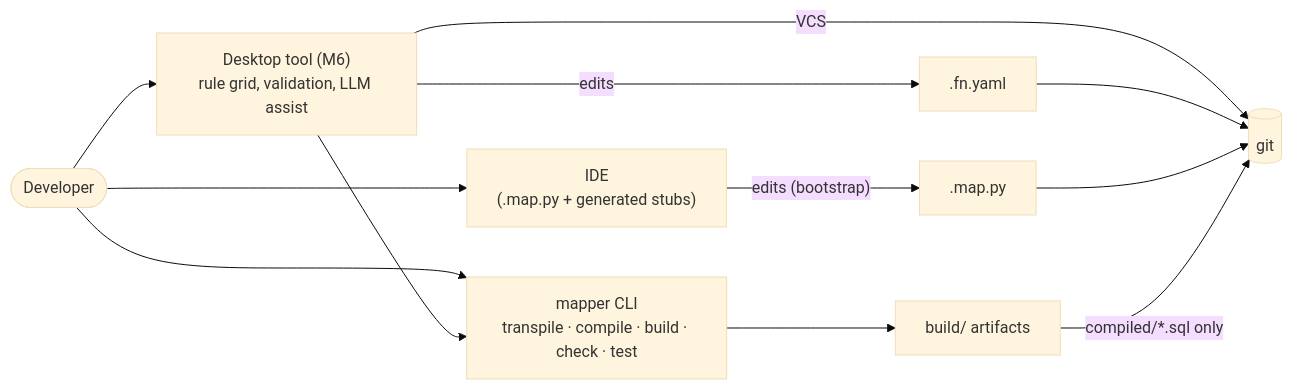
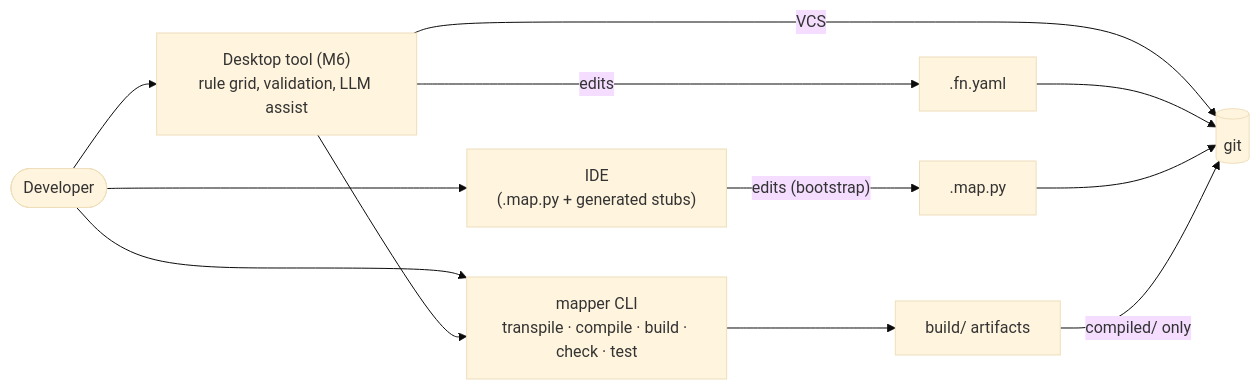
The seventh of 7 diagrams in docs/ARCHITECTURE.md (elegos/json2json-mapping-engine), drawn with Mermaid (base theme) before and after one commit. The commit also changed other lines of this file and 1 other file, not shown here.

Commit message:
docs: make HLD diagrams target-agnostic; add Target backends section; backlog item for backend dispatch

````diff
--- a/docs/ARCHITECTURE.md
+++ b/docs/ARCHITECTURE.md
@@ -149,14 +200,14 @@
 ```mermaid
 flowchart LR
     DEV(["Developer"]) --> UI["Desktop tool (M6)<br/>rule grid, validation, LLM assist"]
     DEV --> IDE["IDE<br/>(.map.py + generated stubs)"]
     DEV --> CLI["mapper CLI<br/>transpile · compile · build · check · test"]
     UI -->|"edits"| FNY[".fn.yaml"]
     UI --> CLI
     IDE -->|"edits (bootstrap)"| MAPPY[".map.py"]
     CLI --> ART["build/ artifacts"]
     UI -->|"VCS"| GIT[("git")]
     FNY --> GIT
     MAPPY --> GIT
-    ART -->|"compiled/*.sql only"| GIT
+    ART -->|"compiled/ only"| GIT
 ```
````
